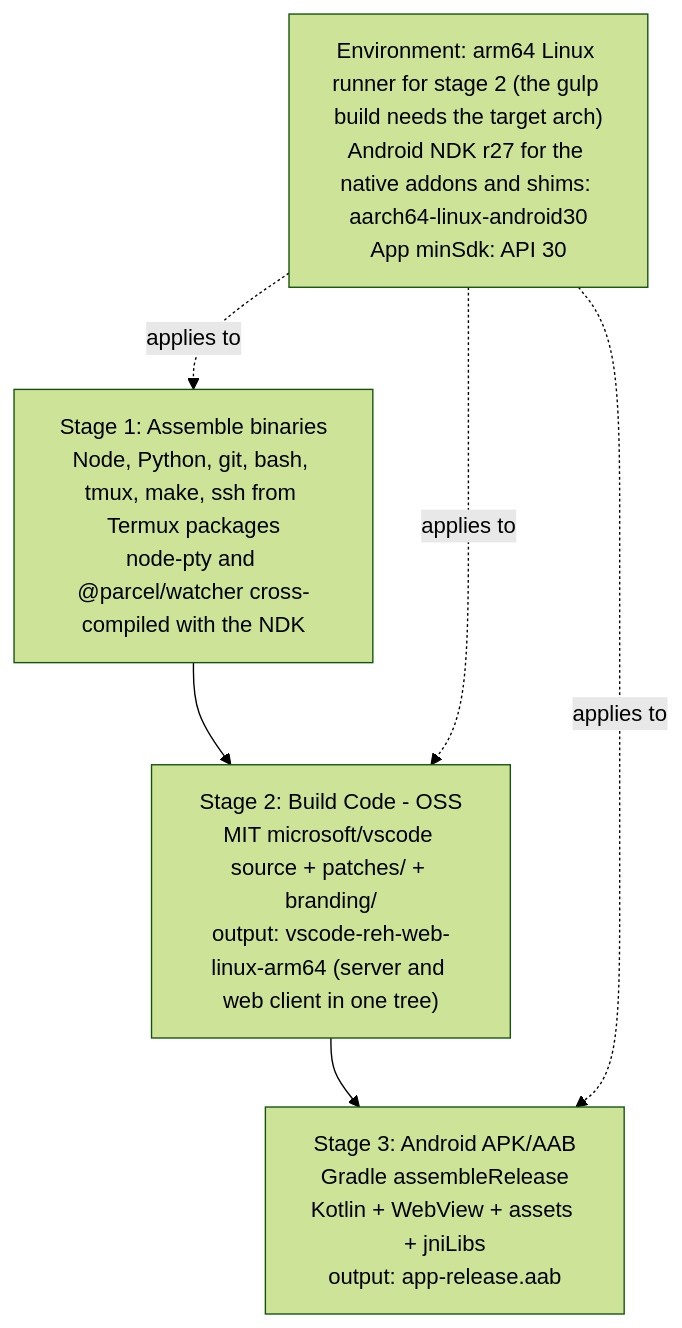
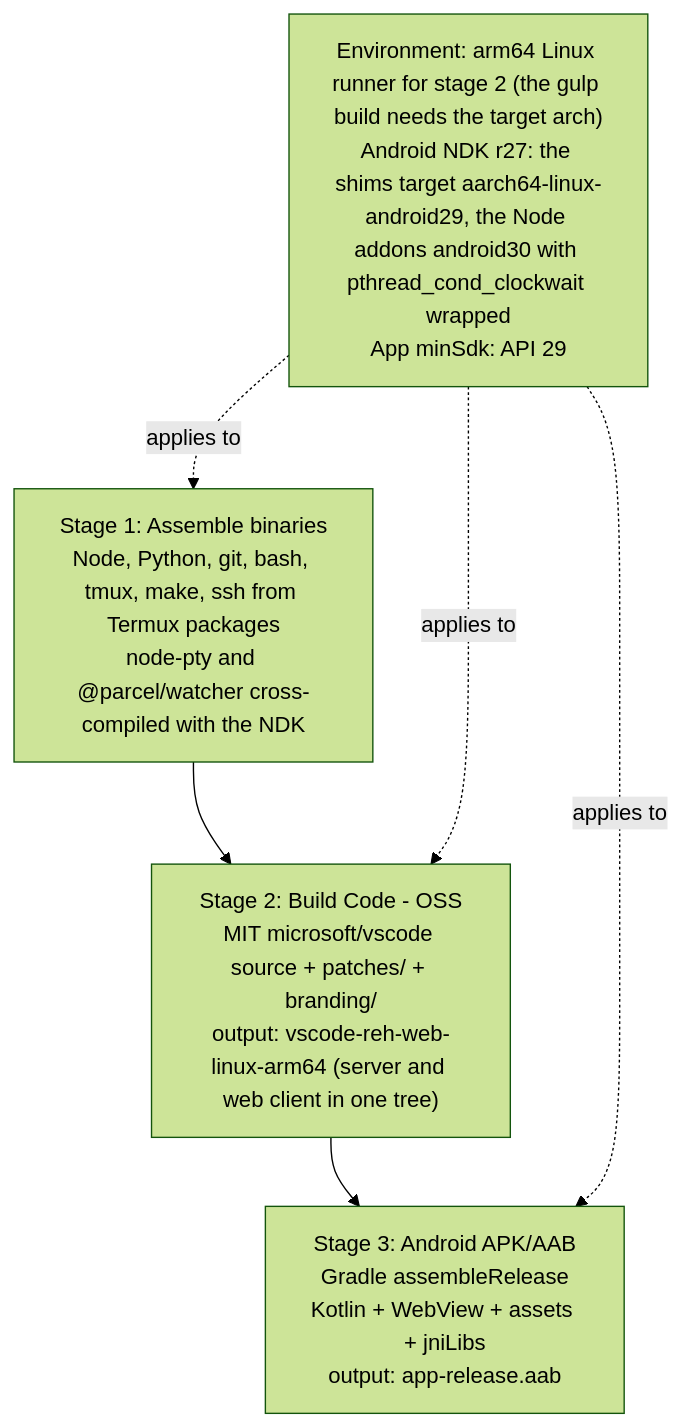
One commit to rmyndharis/VSCodroid changed the first of 5 diagrams in docs/04-TECHNICAL_SPEC.md. Above: the diagram before and after it, drawn with Mermaid (forest theme). The commit also changed other lines of this file and 42 other files, not shown here.

````diff
--- a/docs/04-TECHNICAL_SPEC.md
+++ b/docs/04-TECHNICAL_SPEC.md
@@ -21,8 +21,8 @@
 ```mermaid
 flowchart TD
   S1["Stage 1: Assemble binaries<br/>Node, Python, git, bash, tmux, make, ssh from Termux packages<br/>node-pty and @parcel/watcher cross-compiled with the NDK"] --> S2["Stage 2: Build Code - OSS<br/>MIT microsoft/vscode source + patches/ + branding/<br/>output: vscode-reh-web-linux-arm64 (server and web client in one tree)"]
   S2 --> S3["Stage 3: Android APK/AAB<br/>Gradle assembleRelease<br/>Kotlin + WebView + assets + jniLibs<br/>output: app-release.aab"]
-  ENV["Environment: arm64 Linux runner for stage 2 (the gulp build needs the target arch)<br/>Android NDK r27 for the native addons and shims: aarch64-linux-android30<br/>App minSdk: API 30"] -. applies to .-> S1
+  ENV["Environment: arm64 Linux runner for stage 2 (the gulp build needs the target arch)<br/>Android NDK r27: the shims target aarch64-linux-android29, the Node addons android30 with pthread_cond_clockwait wrapped<br/>App minSdk: API 29"] -. applies to .-> S1
   ENV -. applies to .-> S2
   ENV -. applies to .-> S3
 ```
````
